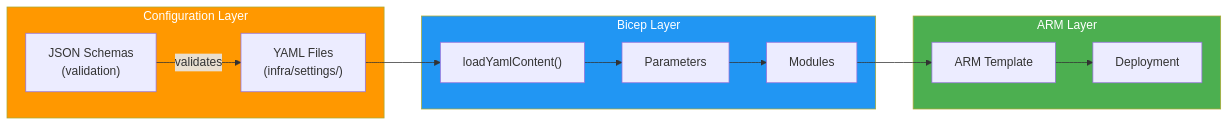
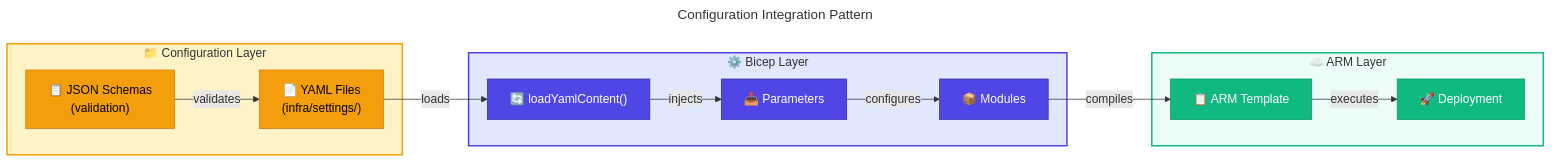
Before and after one commit to Evilazaro/DevExp-DevBox: the seventh of 8 diagrams in docs/architecture/03-application-architecture.md, drawn with Mermaid. The commit also changed other lines of this file, not shown here.

Commit message:
Enhance documentation for application architecture by adding titles, improving section titles, and incorporating emojis for better clarity and navigation.

````diff
--- a/docs/architecture/03-application-architecture.md
+++ b/docs/architecture/03-application-architecture.md
@@ -680,29 +752,45 @@
 ```mermaid
+---
+title: Configuration Integration Pattern
+---
 flowchart LR
-    subgraph Config["Configuration Layer"]
-        YAML["YAML Files\n(infra/settings/)"]
-        SCHEMA["JSON Schemas\n(validation)"]
+    %% ===== CONFIGURATION LAYER =====
+    subgraph Config["📁 Configuration Layer"]
+        YAML["📄 YAML Files<br/>(infra/settings/)"]
+        SCHEMA["📋 JSON Schemas<br/>(validation)"]
     end
     
-    subgraph Bicep["Bicep Layer"]
-        LOAD["loadYamlContent()"]
-        PARAM["Parameters"]
-        MOD["Modules"]
+    %% ===== BICEP LAYER =====
+    subgraph Bicep["⚙️ Bicep Layer"]
+        LOAD["🔄 loadYamlContent()"]
+        PARAM["📥 Parameters"]
+        MOD["📦 Modules"]
     end
     
-    subgraph ARM["ARM Layer"]
-        TEMPLATE["ARM Template"]
-        DEPLOY["Deployment"]
+    %% ===== ARM LAYER =====
+    subgraph ARM["☁️ ARM Layer"]
+        TEMPLATE["📋 ARM Template"]
+        DEPLOY["🚀 Deployment"]
     end
     
+    %% ===== CONNECTIONS =====
     SCHEMA -->|validates| YAML
-    YAML --> LOAD
-    LOAD --> PARAM
-    PARAM --> MOD
-    MOD --> TEMPLATE
-    TEMPLATE --> DEPLOY
+    YAML -->|loads| LOAD
+    LOAD -->|injects| PARAM
+    PARAM -->|configures| MOD
+    MOD -->|compiles| TEMPLATE
+    TEMPLATE -->|executes| DEPLOY
     
-    style Config fill:#FF9800,color:#fff
-    style Bicep fill:#2196F3,color:#fff
-    style ARM fill:#4CAF50,color:#fff
+    %% ===== STYLES =====
+    classDef datastore fill:#F59E0B,stroke:#D97706,color:#000000
+    classDef primary fill:#4F46E5,stroke:#3730A3,color:#FFFFFF
+    classDef secondary fill:#10B981,stroke:#059669,color:#FFFFFF
+    
+    class YAML,SCHEMA datastore
+    class LOAD,PARAM,MOD primary
+    class TEMPLATE,DEPLOY secondary
+    
+    style Config fill:#FEF3C7,stroke:#F59E0B,stroke-width:2px
+    style Bicep fill:#E0E7FF,stroke:#4F46E5,stroke-width:2px
+    style ARM fill:#ECFDF5,stroke:#10B981,stroke-width:2px
 ```
````
